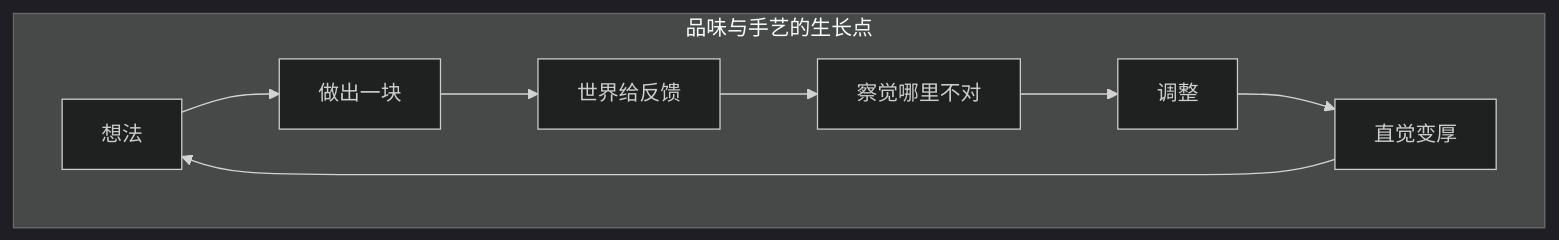
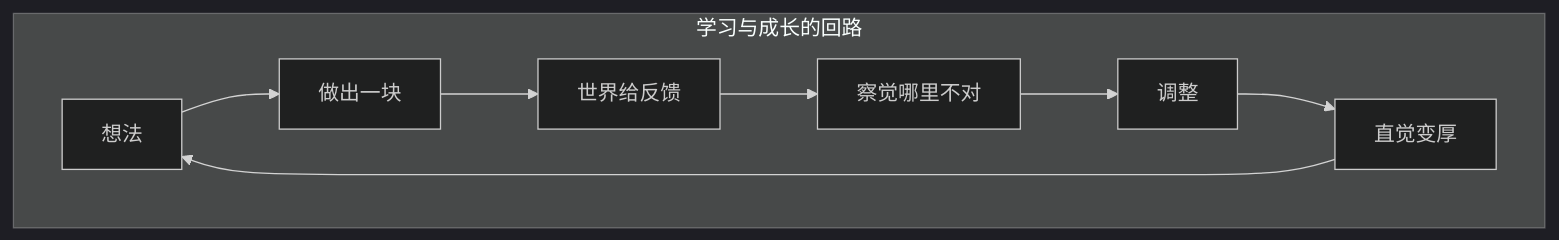
The diagram in src/content/blog/closer-to-material-doers-are-thinkers.mdx (Haoping-Xiao/haoping-xiao.github.io), drawn with Mermaid (dark theme) before and after one commit. The commit also changed other lines of this file, not shown here.

````diff
--- a/src/content/blog/closer-to-material-doers-are-thinkers.mdx
+++ b/src/content/blog/closer-to-material-doers-are-thinkers.mdx
@@ -32,12 +15,12 @@
 ```mermaid
 flowchart LR
-    subgraph loop["品味与手艺的生长点"]
+    subgraph loop["学习与成长的回路"]
         direction LR
         A[想法] --> B[做出一块]
         B --> C[世界给反馈]
         C --> D[察觉哪里不对]
         D --> E[调整]
         E --> F[直觉变厚]
         F --> A
     end
 ```
````
